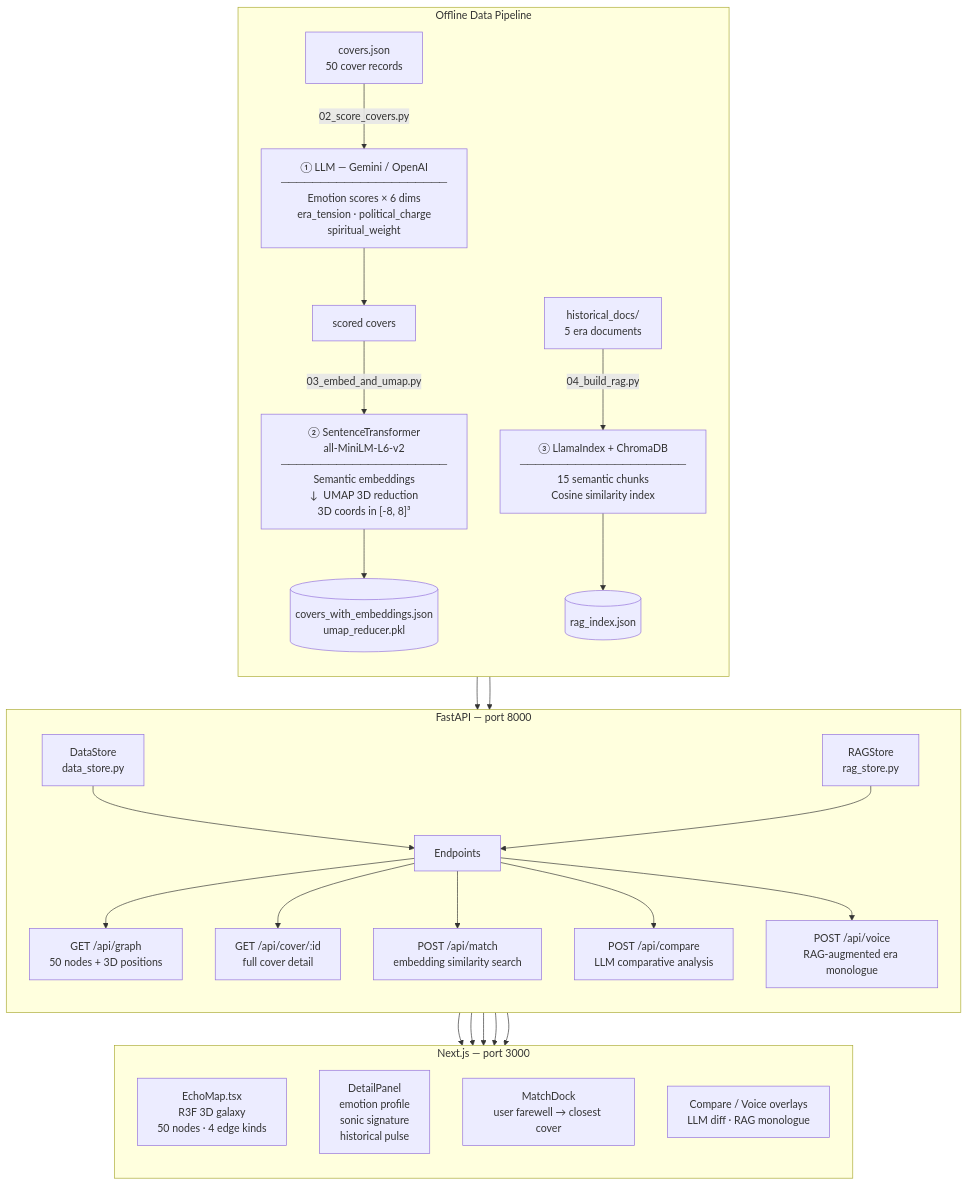
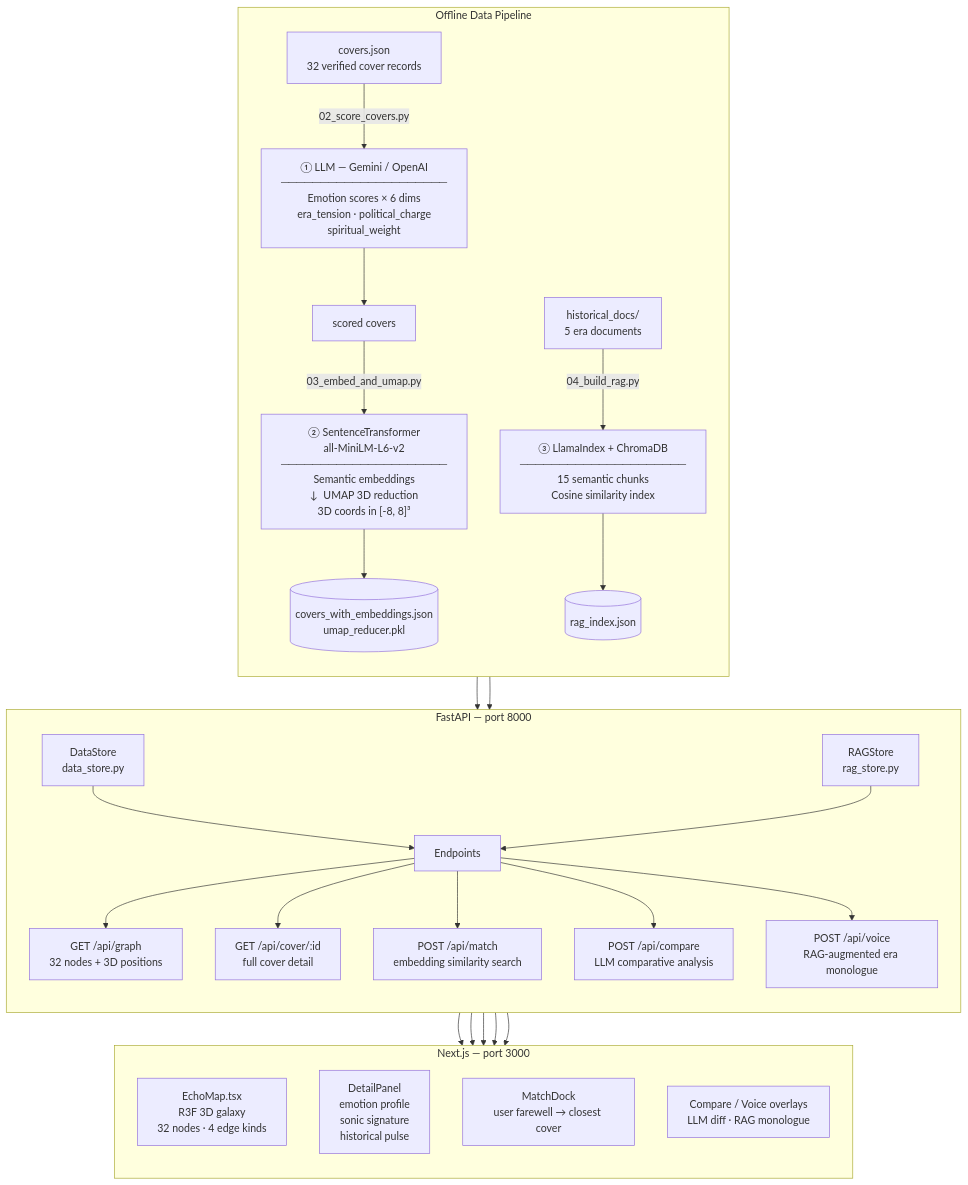
Before and after one commit to burakyalcin10/echo-chamber-ai: the diagram in README.md, drawn with Mermaid. The commit also changed other lines of this file and 3 other files, not shown here.

Commit message:
docs: document verified covers and split providers

````diff
--- a/README.md
+++ b/README.md
@@ -28,50 +28,50 @@
 ```mermaid
 flowchart TD
     subgraph PIPELINE["Offline Data Pipeline"]
         direction TB
-        RAW["covers.json\n50 cover records"]
+        RAW["covers.json\n32 verified cover records"]
         HD["historical_docs/\n5 era documents"]
 
         RAW -->|"02_score_covers.py"| LLM
         LLM["① LLM — Gemini / OpenAI\n─────────────────────\nEmotion scores × 6 dims\nera_tension · political_charge\nspiritual_weight"]
 
         LLM --> SCORED["scored covers"]
         SCORED -->|"03_embed_and_umap.py"| EMB
         EMB["② SentenceTransformer\nall-MiniLM-L6-v2\n─────────────────────\nSemantic embeddings\n↓  UMAP 3D reduction\n3D coords in [-8, 8]³"]
 
         EMB --> PROC[("covers_with_embeddings.json\numap_reducer.pkl")]
 
         HD -->|"04_build_rag.py"| RAGI
         RAGI["③ LlamaIndex + ChromaDB\n─────────────────────\n15 semantic chunks\nCosine similarity index"]
         RAGI --> RAGF[("rag_index.json")]
     end
 
     subgraph API["FastAPI — port 8000"]
         direction TB
         PROC --> DS["DataStore\ndata_store.py"]
         RAGF --> RS["RAGStore\nrag_store.py"]
         DS --> EP
         RS --> EP
 
         EP["Endpoints"]
-        EP --> E1["GET /api/graph\n50 nodes + 3D positions"]
+        EP --> E1["GET /api/graph\n32 nodes + 3D positions"]
         EP --> E2["GET /api/cover/:id\nfull cover detail"]
         EP --> E3["POST /api/match\nembedding similarity search"]
         EP --> E4["POST /api/compare\nLLM comparative analysis"]
         EP --> E5["POST /api/voice\nRAG-augmented era monologue"]
     end
 
     subgraph FRONT["Next.js — port 3000"]
         direction TB
-        GALAXY["EchoMap.tsx\nR3F 3D galaxy\n50 nodes · 4 edge kinds"]
+        GALAXY["EchoMap.tsx\nR3F 3D galaxy\n32 nodes · 4 edge kinds"]
         DETAIL["DetailPanel\nemotion profile\nsonic signature\nhistorical pulse"]
         MATCH["MatchDock\nuser farewell → closest cover"]
         OVER["Compare / Voice overlays\nLLM diff · RAG monologue"]
     end
 
     E1 --> GALAXY
     E2 --> DETAIL
     E3 --> MATCH
     E4 --> OVER
     E5 --> OVER
 ```
````
